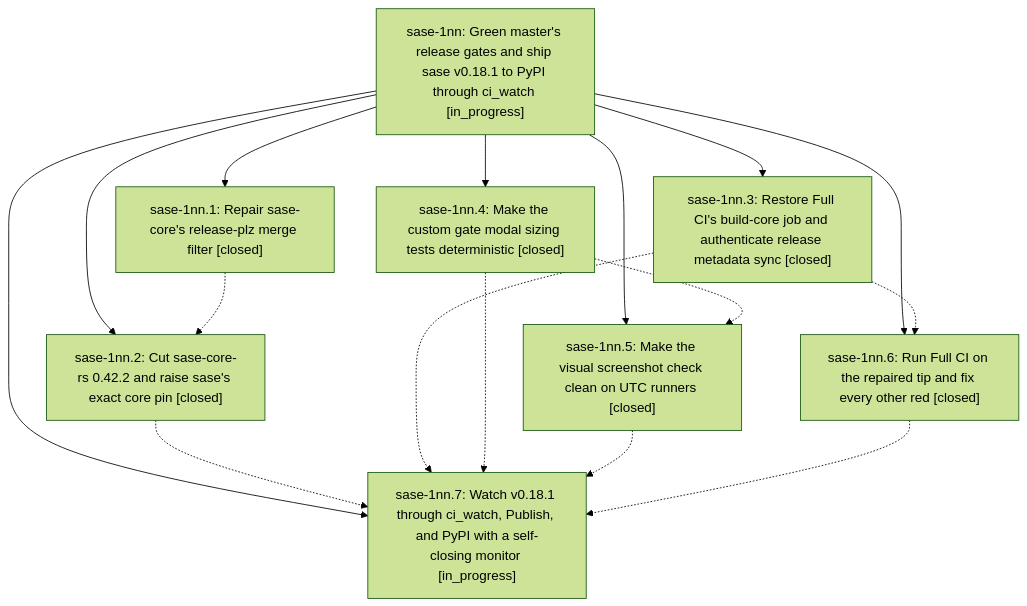
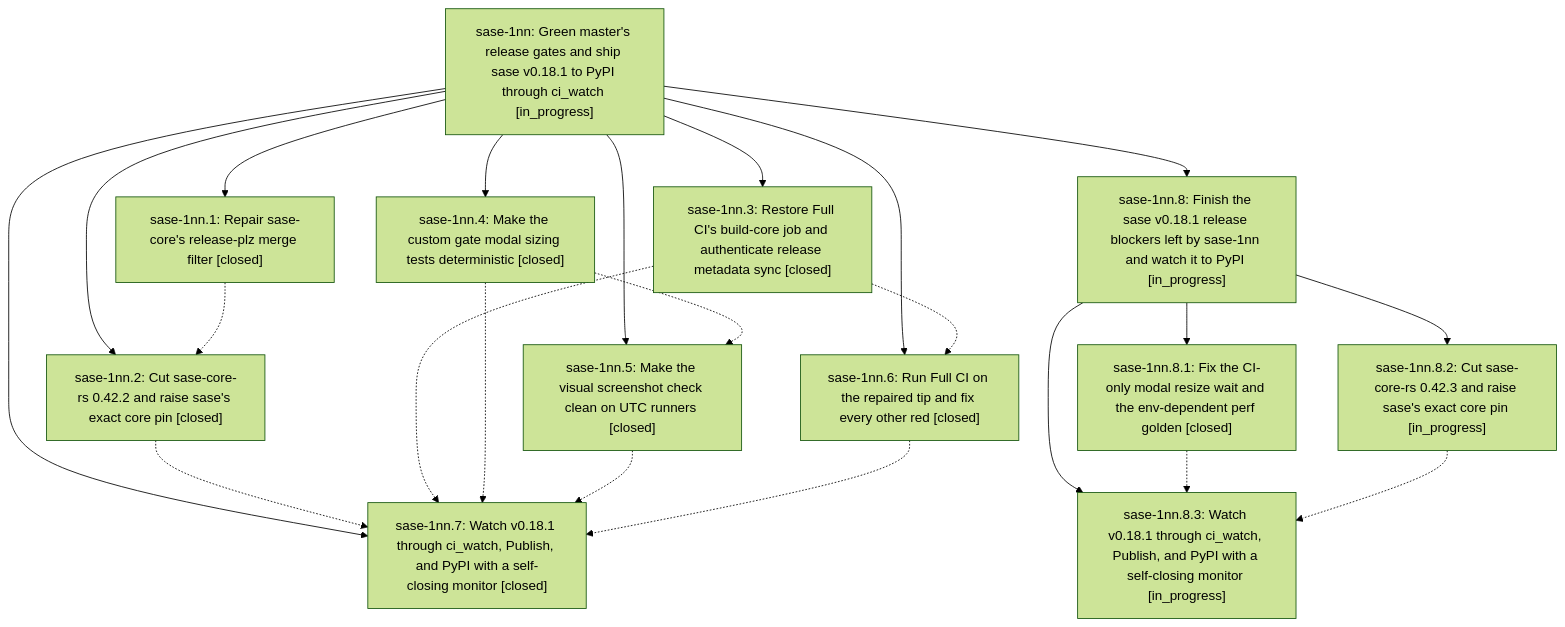
One commit to sase-org/sase--beads changed the diagram in pages/sase-1nn/README.md. Above: the diagram before and after it, drawn with Mermaid (forest theme). The commit also changed other lines of this file and 10 other files, not shown here.

````diff
--- a/pages/sase-1nn/README.md
+++ b/pages/sase-1nn/README.md
@@ -42,26 +65,36 @@
 ```mermaid
 flowchart TD
     n0["sase-1nn: Green master's release gates and ship sase v0.18.1 to PyPI through ci_watch [in_progress]"]
     n1["sase-1nn.1: Repair sase-core's release-plz merge filter [closed]"]
     n2["sase-1nn.2: Cut sase-core-rs 0.42.2 and raise sase's exact core pin [closed]"]
     n3["sase-1nn.3: Restore Full CI's build-core job and authenticate release metadata sync [closed]"]
     n4["sase-1nn.4: Make the custom gate modal sizing tests deterministic [closed]"]
     n5["sase-1nn.5: Make the visual screenshot check clean on UTC runners [closed]"]
     n6["sase-1nn.6: Run Full CI on the repaired tip and fix every other red [closed]"]
-    n7["sase-1nn.7: Watch v0.18.1 through ci_watch, Publish, and PyPI with a self-closing monitor [in_progress]"]
+    n7["sase-1nn.7: Watch v0.18.1 through ci_watch, Publish, and PyPI with a self-closing monitor [closed]"]
+    n8["sase-1nn.8: Finish the sase v0.18.1 release blockers left by sase-1nn and watch it to PyPI [in_progress]"]
+    n9["sase-1nn.8.1: Fix the CI-only modal resize wait and the env-dependent perf golden [closed]"]
+    n10["sase-1nn.8.2: Cut sase-core-rs 0.42.3 and raise sase's exact core pin [in_progress]"]
+    n11["sase-1nn.8.3: Watch v0.18.1 through ci_watch, Publish, and PyPI with a self-closing monitor [in_progress]"]
     n0 --> n1
     n0 --> n2
     n0 --> n3
     n0 --> n4
     n0 --> n5
     n0 --> n6
     n0 --> n7
+    n0 --> n8
+    n8 --> n9
+    n8 --> n10
+    n8 --> n11
     n1 -.-> n2
     n2 -.-> n7
     n3 -.-> n6
     n3 -.-> n7
     n4 -.-> n5
     n4 -.-> n7
     n5 -.-> n7
     n6 -.-> n7
+    n9 -.-> n11
+    n10 -.-> n11
 ```
````
